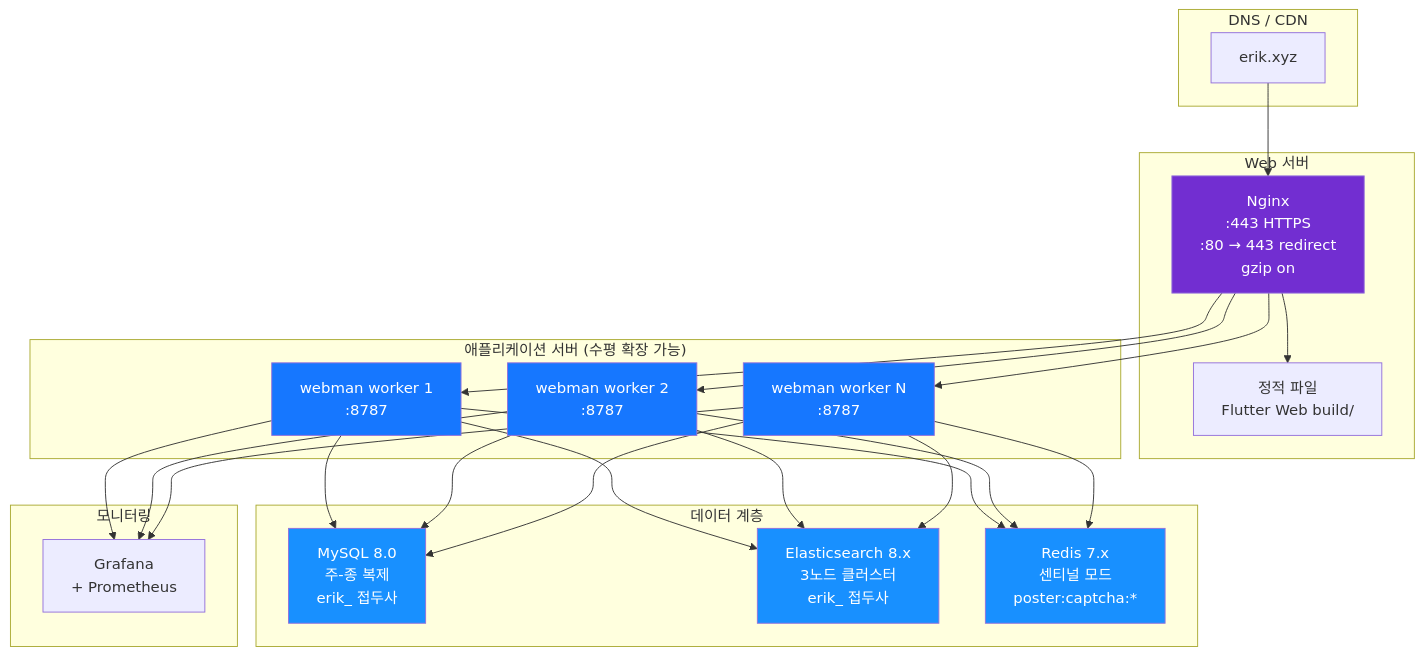
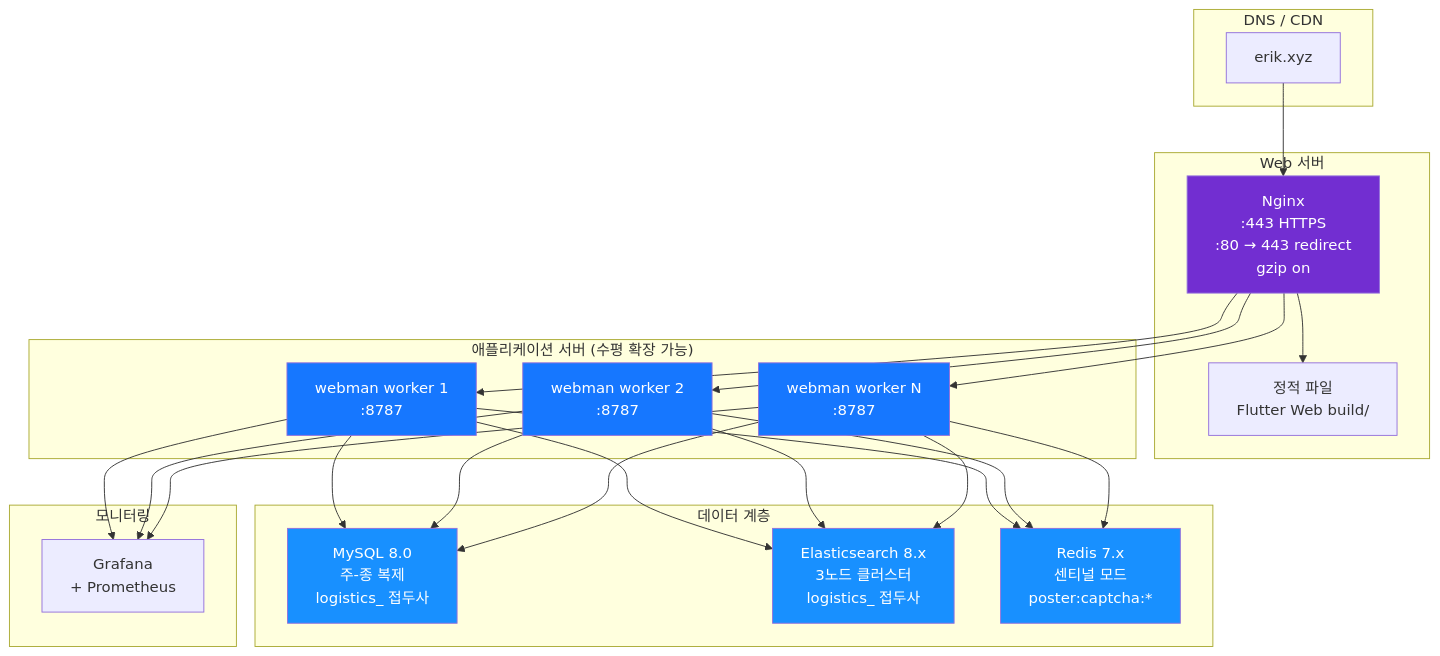
Diagram 14 of 14 in admin/docs/ARCHITECTURE.ko.md (erikwang2013/integrated-global-logistics), drawn with Mermaid before and after one commit. The commit also changed other lines of this file and 211 other files, not shown here.

````diff
--- a/admin/docs/ARCHITECTURE.ko.md
+++ b/admin/docs/ARCHITECTURE.ko.md
@@ -652,43 +652,43 @@
 ```mermaid
 flowchart TB
     subgraph "DNS / CDN"
         DNS["erik.xyz"]
     end
 
     subgraph "Web 서버"
         NGX["Nginx<br/>:443 HTTPS<br/>:80 → 443 redirect<br/>gzip on"]
         STA["정적 파일<br/>Flutter Web build/"]
     end
 
     subgraph "애플리케이션 서버 (수평 확장 가능)"
         WM1["webman worker 1<br/>:8787"]
         WM2["webman worker 2<br/>:8787"]
         WM3["webman worker N<br/>:8787"]
     end
 
     subgraph "데이터 계층"
-        MYSQL["MySQL 8.0<br/>주-종 복제<br/>erik_ 접두사"]
-        ES["Elasticsearch 8.x<br/>3노드 클러스터<br/>erik_ 접두사"]
+        MYSQL["MySQL 8.0<br/>주-종 복제<br/>logistics_ 접두사"]
+        ES["Elasticsearch 8.x<br/>3노드 클러스터<br/>logistics_ 접두사"]
         REDIS["Redis 7.x<br/>센티널 모드<br/>poster:captcha:*"]
     end
 
     subgraph "모니터링"
         MON["Grafana<br/>+ Prometheus"]
     end
 
     DNS --> NGX
     NGX --> STA
     NGX --> WM1 & WM2 & WM3
     WM1 & WM2 & WM3 --> MYSQL
     WM1 & WM2 & WM3 --> ES
     WM1 & WM2 & WM3 --> REDIS
     WM1 & WM2 & WM3 --> MON
 
     style NGX fill:#722ED1,color:#fff
     style WM1 fill:#1677FF,color:#fff
     style WM2 fill:#1677FF,color:#fff
     style WM3 fill:#1677FF,color:#fff
     style MYSQL fill:#1890FF,color:#fff
     style ES fill:#1890FF,color:#fff
     style REDIS fill:#1890FF,color:#fff
 ```
````
